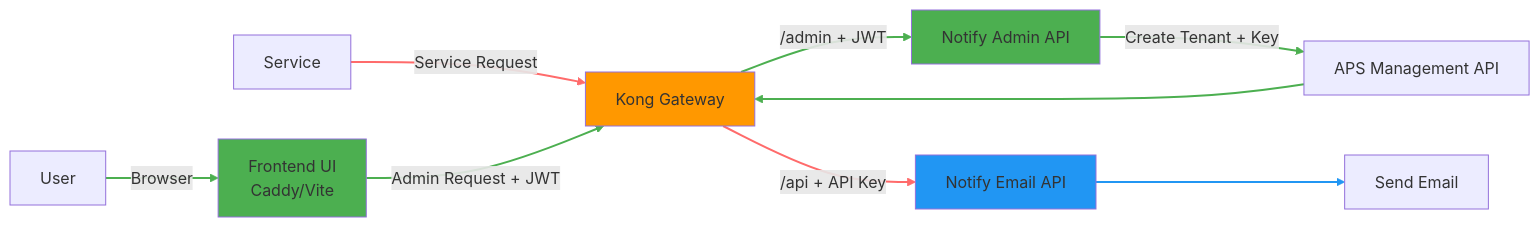
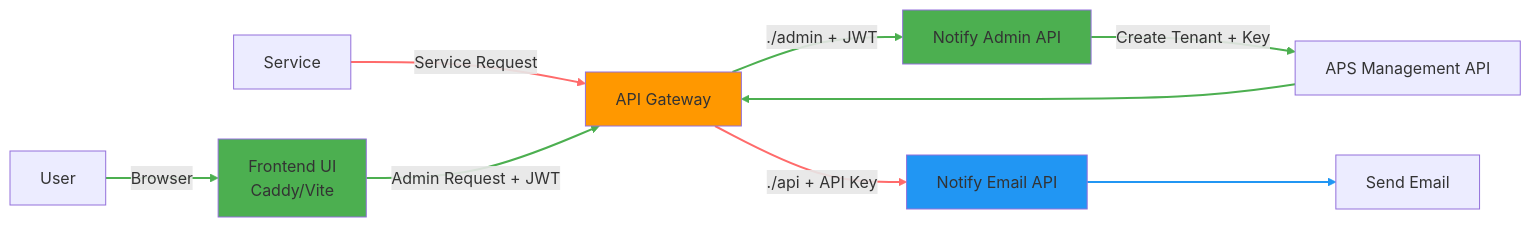
The first of 5 diagrams in notify_api_gateway_architecture_v3.md (bcgov/common-notify), drawn with Mermaid before and after one commit. The commit also changed other lines of this file and 3 other files, not shown here.

````diff
--- a/notify_api_gateway_architecture_v3.md
+++ b/notify_api_gateway_architecture_v3.md
@@ -39,27 +39,27 @@
 ```mermaid
 flowchart LR
     User -->|Browser| Frontend[Frontend UI<br/>Caddy/Vite]
-    Service -->|Service Request| Kong[Kong Gateway]
+    Service -->|Service Request| Gateway[API Gateway]
 
-    Frontend -->|Admin Request + JWT| Kong
-    Kong -->|"/admin" + JWT| AdminAPI[Notify Admin API]
-    Kong -->|"/api" + API Key| Notify[Notify Email API]
+    Frontend -->|Admin Request + JWT| Gateway
+    Gateway -->|"./admin" + JWT| AdminAPI[Notify Admin API]
+    Gateway -->|"./api" + API Key| Notify[Notify Email API]
 
     AdminAPI -->|Create Tenant + Key| APS[APS Management API]
-    APS --> Kong
+    APS --> Gateway
     Notify --> Email[Send Email]
 
-    style Kong fill:#ff9800
+    style Gateway fill:#ff9800
     style Frontend fill:#4CAF50
     style AdminAPI fill:#4CAF50
     style Notify fill:#2196F3
 
     linkStyle 0 stroke:#4CAF50,stroke-width:2px
     linkStyle 1 stroke:#ff6b6b,stroke-width:2px
     linkStyle 2 stroke:#4CAF50,stroke-width:2px
     linkStyle 3 stroke:#4CAF50,stroke-width:2px
     linkStyle 4 stroke:#ff6b6b,stroke-width:2px
     linkStyle 5 stroke:#4CAF50,stroke-width:2px
     linkStyle 6 stroke:#4CAF50,stroke-width:2px
     linkStyle 7 stroke:#2196F3,stroke-width:2px
 ```
````
